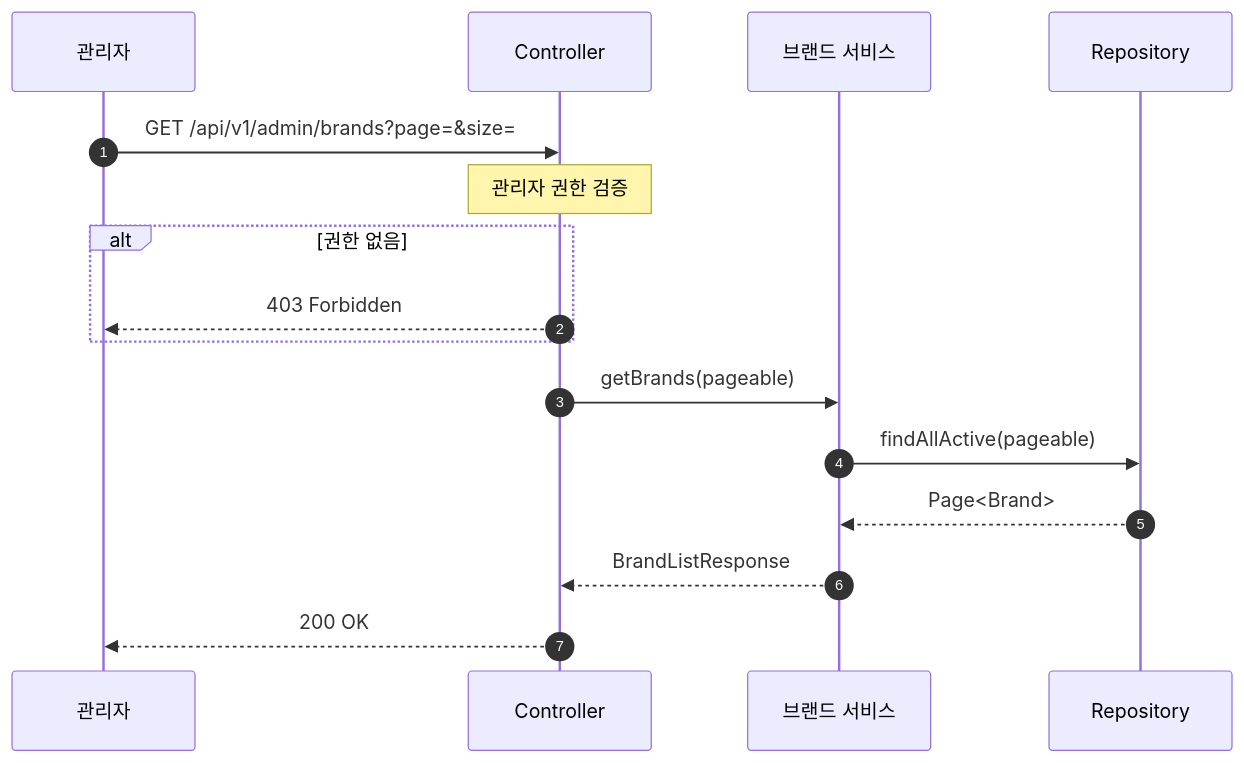
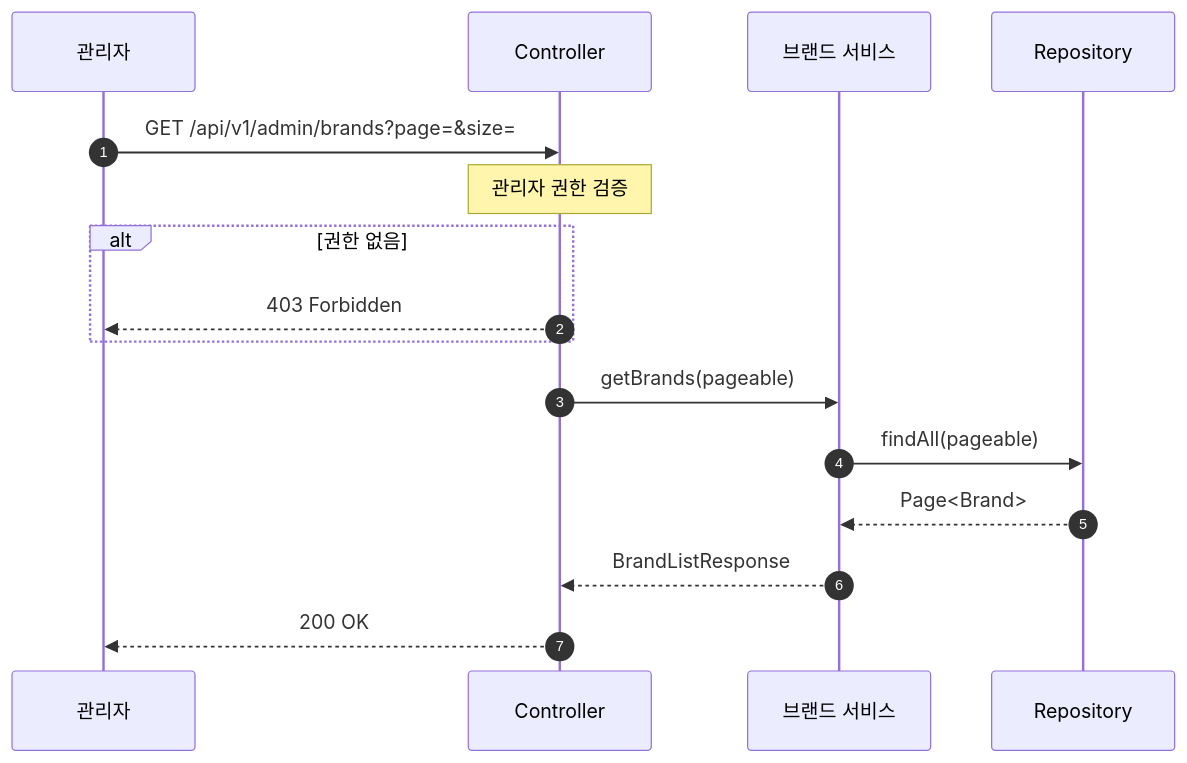
Before and after one commit to letter333/loop-pack-be-l2-vol3-java: the fourth of 16 diagrams in docs/design/02-sequence-diagram.md, drawn with Mermaid. The commit also changed other lines of this file and 3 other files, not shown here.

````diff
--- a/docs/design/02-sequence-diagram.md
+++ b/docs/design/02-sequence-diagram.md
@@ -133,21 +123,21 @@
 ```mermaid
 sequenceDiagram
     autonumber
     participant Admin as 관리자
     participant Controller
     participant Service as 브랜드 서비스
     participant Repository
 
     Admin->>Controller: GET /api/v1/admin/brands?page=&size=
     Note over Controller: 관리자 권한 검증
 
     alt 권한 없음
         Controller-->>Admin: 403 Forbidden
     end
 
     Controller->>Service: getBrands(pageable)
-    Service->>Repository: findAllActive(pageable)
+    Service->>Repository: findAll(pageable)
     Repository-->>Service: Page<Brand>
     Service-->>Controller: BrandListResponse
     Controller-->>Admin: 200 OK
 ```
````
